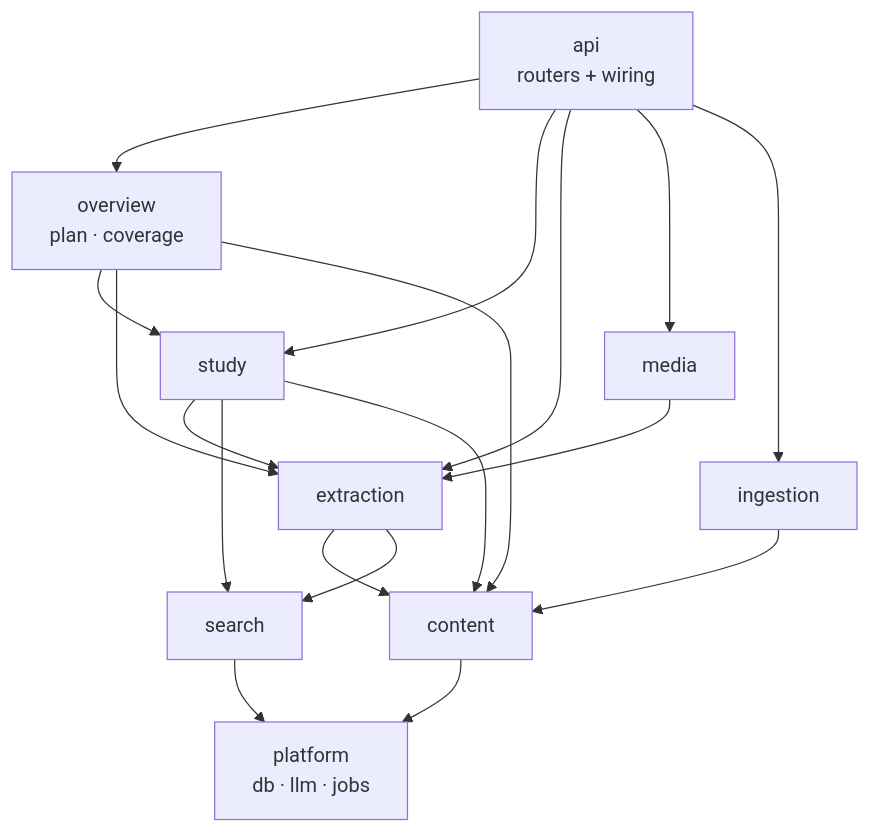
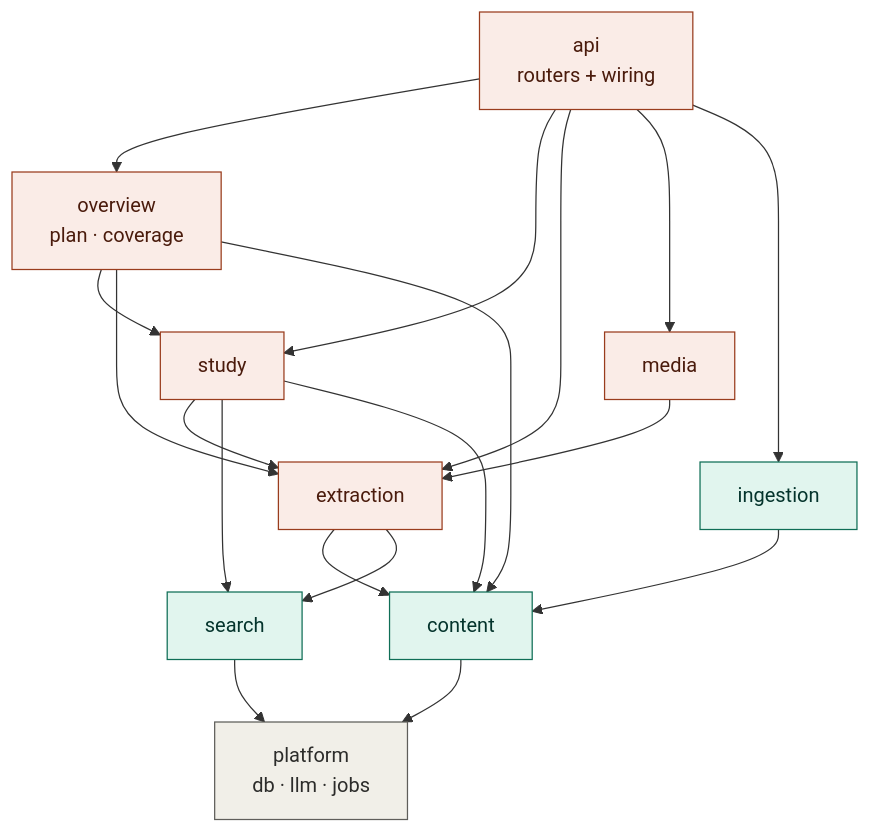
One commit to Aiden-Ferrante/learnhub-core changed the second of 3 diagrams in MAP.md. Above: the diagram before and after it, drawn with Mermaid. The commit also changed other lines of this file, not shown here.

First line of the commit message:
MAP.md: color the diagrams (classDef) + honest note on GitHub click-through

````diff
--- a/MAP.md
+++ b/MAP.md
@@ -63,40 +76,47 @@
 ```mermaid
 flowchart TD
   api["api<br/>routers + wiring"]
   overview["overview<br/>plan · coverage"]
   study["study"]
   extraction["extraction"]
   media["media"]
   content["content"]
   ingestion["ingestion"]
   search["search"]
   platform["platform<br/>db · llm · jobs"]
 
   api --> overview
   api --> study
   api --> extraction
   api --> media
   api --> ingestion
   overview --> study
   overview --> extraction
   study --> extraction
   study --> search
   extraction --> content
   extraction --> search
   media --> extraction
   ingestion --> content
   content --> platform
   search --> platform
   study --> content
   overview --> content
 
+  classDef floor fill:#F1EFE8,stroke:#5F5E5A,color:#2C2C2A;
+  classDef data fill:#E1F5EE,stroke:#0F6E56,color:#04342C;
+  classDef behavior fill:#FAECE7,stroke:#993C1D,color:#4A1B0C;
+  class platform floor;
+  class content,ingestion,search data;
+  class api,overview,study,extraction,media behavior;
+
   click api "https://github.com/Aiden-Ferrante/learnhub/tree/main/backend/app/api"
   click overview "https://github.com/Aiden-Ferrante/learnhub/tree/main/backend/app/overview"
   click study "https://github.com/Aiden-Ferrante/learnhub/tree/main/backend/app/study"
   click extraction "https://github.com/Aiden-Ferrante/learnhub/tree/main/backend/app/extraction"
   click media "https://github.com/Aiden-Ferrante/learnhub/tree/main/backend/app/media"
   click content "https://github.com/Aiden-Ferrante/learnhub/tree/main/backend/app/content"
   click ingestion "https://github.com/Aiden-Ferrante/learnhub/tree/main/backend/app/ingestion"
   click search "https://github.com/Aiden-Ferrante/learnhub/tree/main/backend/app/search"
   click platform "https://github.com/Aiden-Ferrante/learnhub/tree/main/backend/app/platform"
 ```
````
